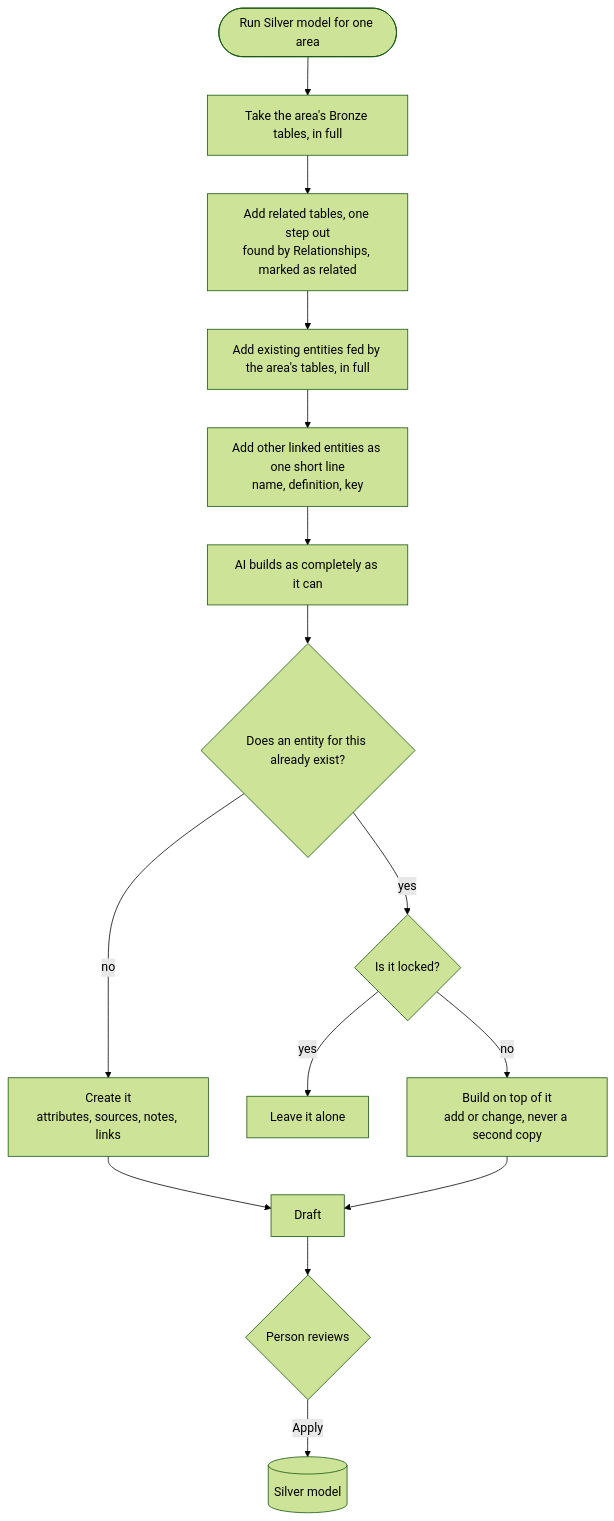
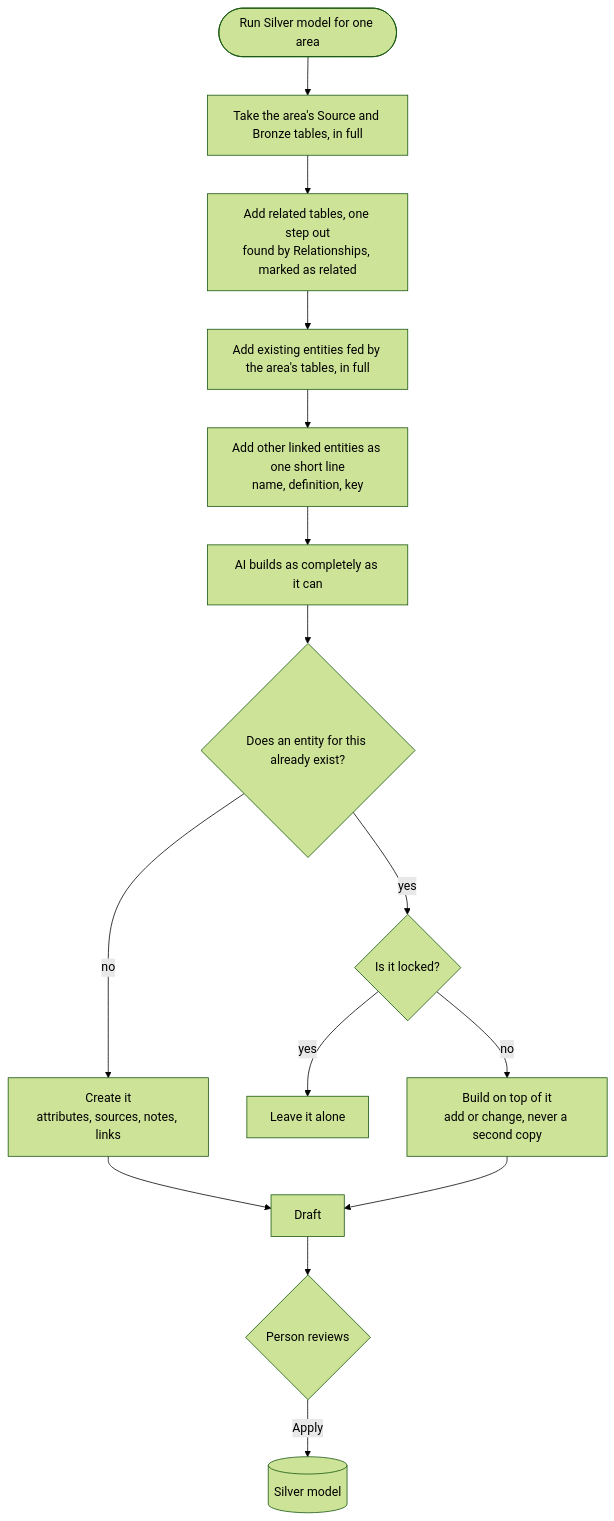
Before and after one commit to maazuddinmohammed/gds_workbench_v3: the diagram in design/workflows/silver-model.md, drawn with Mermaid (forest theme). The commit also changed other lines of this file and 16 other files, not shown here.

````diff
--- a/design/workflows/silver-model.md
+++ b/design/workflows/silver-model.md
@@ -8,17 +8,17 @@
 ```mermaid
 flowchart TD
-    START(["Run Silver model for one area"]) --> A["Take the area's Bronze tables, in full"]
+    START(["Run Silver model for one area"]) --> A["Take the area's Source and Bronze tables, in full"]
     A --> B["Add related tables, one step out<br/>found by Relationships, marked as related"]
     B --> C["Add existing entities fed by the area's tables, in full"]
     C --> D["Add other linked entities as one short line<br/>name, definition, key"]
     D --> E["AI builds as completely as it can"]
     E --> F{"Does an entity for this already exist?"}
     F -- no --> G["Create it<br/>attributes, sources, notes, links"]
     F -- yes --> H{"Is it locked?"}
     H -- yes --> I["Leave it alone"]
     H -- no --> J["Build on top of it<br/>add or change, never a second copy"]
     G --> K["Draft"]
     J --> K
     K --> L{"Person reviews"}
     L -- Apply --> M[("Silver model")]
 ```
````
